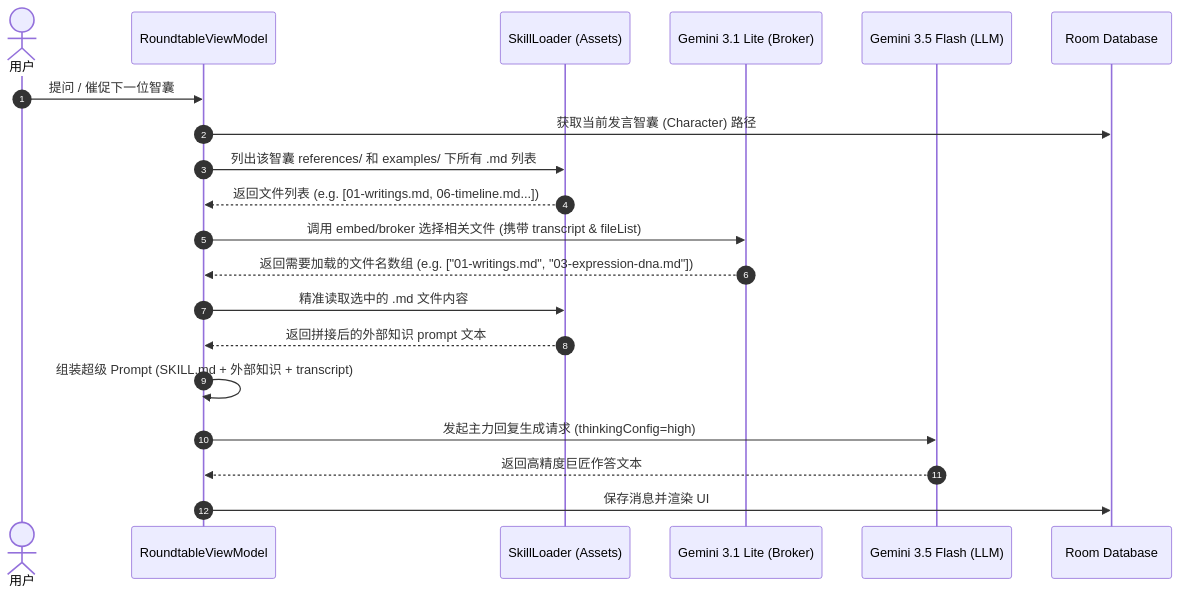
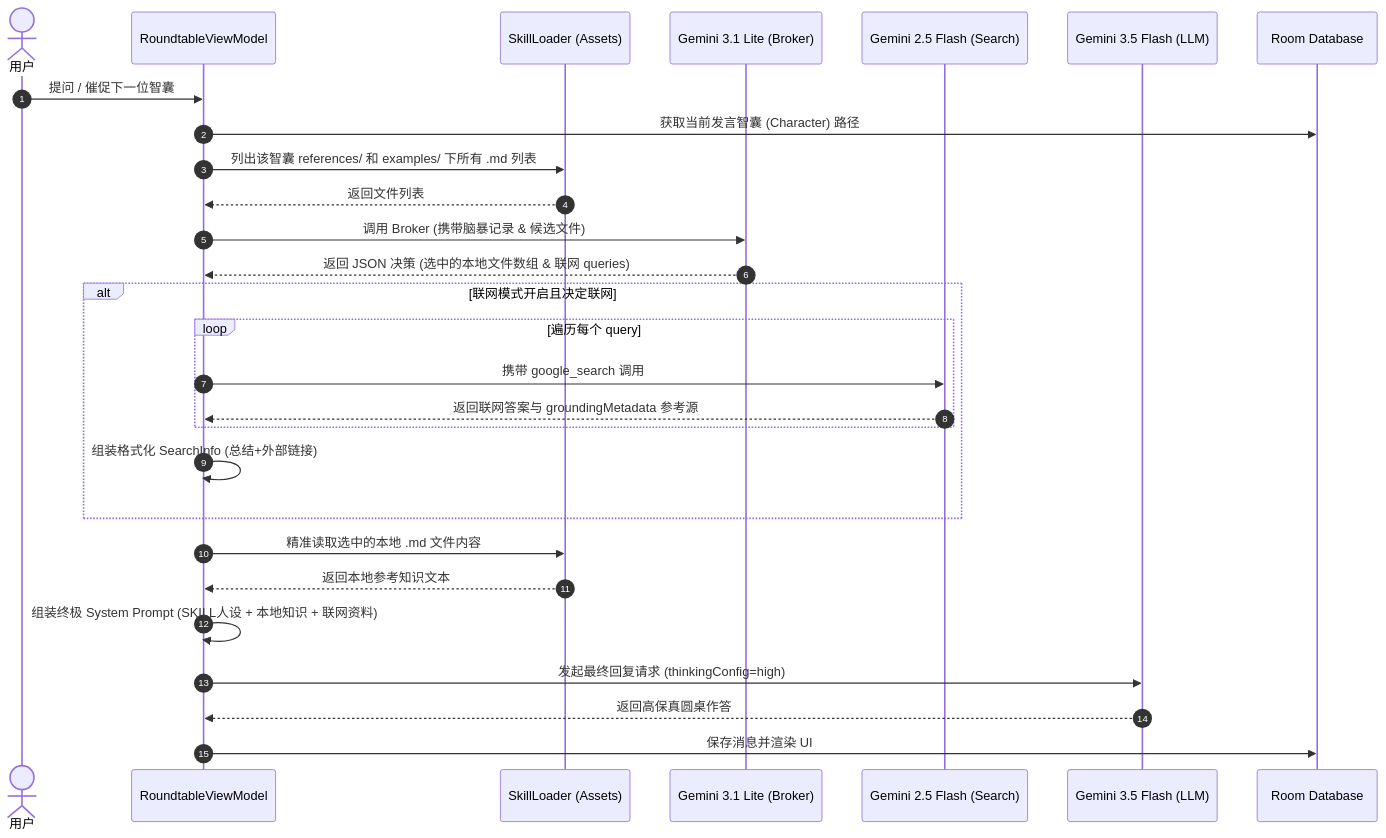
One commit to elio-zwd/AI-Skill-Roundtable changed the diagram in docs/architecture/gemini-1m-context-broker.md. Above: the diagram before and after it, drawn with Mermaid. The commit also changed other lines of this file and 45 other files, not shown here.

````diff
--- a/docs/architecture/gemini-1m-context-broker.md
+++ b/docs/architecture/gemini-1m-context-broker.md
@@ -74,23 +92,33 @@
 ```mermaid
 sequenceDiagram
     autonumber
     actor User as 用户
     participant VM as RoundtableViewModel
     participant SL as SkillLoader (Assets)
     participant ApiLite as Gemini 3.1 Lite (Broker)
+    participant ApiSearch as Gemini 2.5 Flash (Search)
     participant ApiFlash as Gemini 3.5 Flash (LLM)
     participant DB as Room Database
 
     User->>VM: 提问 / 催促下一位智囊
     VM->>DB: 获取当前发言智囊 (Character) 路径
     VM->>SL: 列出该智囊 references/ 和 examples/ 下所有 .md 列表
-    SL-->>VM: 返回文件列表 (e.g. [01-writings.md, 06-timeline.md...])
-    VM->>ApiLite: 调用 embed/broker 选择相关文件 (携带 transcript & fileList)
-    ApiLite-->>VM: 返回需要加载的文件名数组 (e.g. ["01-writings.md", "03-expression-dna.md"])
-    VM->>SL: 精准读取选中的 .md 文件内容
-    SL-->>VM: 返回拼接后的外部知识 prompt 文本
-    VM->>VM: 组装超级 Prompt (SKILL.md + 外部知识 + transcript)
-    VM->>ApiFlash: 发起主力回复生成请求 (thinkingConfig=high)
-    ApiFlash-->>VM: 返回高精度巨匠作答文本
+    SL-->>VM: 返回文件列表
+    VM->>ApiLite: 调用 Broker (携带脑暴记录 & 候选文件)
+    ApiLite-->>VM: 返回 JSON 决策 (选中的本地文件数组 & 联网 queries)
+    
+    alt 联网模式开启且决定联网
+        loop 遍历每个 query
+            VM->>ApiSearch: 携带 google_search 调用
+            ApiSearch-->>VM: 返回联网答案与 groundingMetadata 参考源
+        end
+        VM->>VM: 组装格式化 SearchInfo (总结+外部链接)
+    end
+    
+    VM->>SL: 精准读取选中的本地 .md 文件内容
+    SL-->>VM: 返回本地参考知识文本
+    VM->>VM: 组装终极 System Prompt (SKILL人设 + 本地知识 + 联网资料)
+    VM->>ApiFlash: 发起最终回复请求 (thinkingConfig=high)
+    ApiFlash-->>VM: 返回高保真圆桌作答
     VM->>DB: 保存消息并渲染 UI
 ```
````
